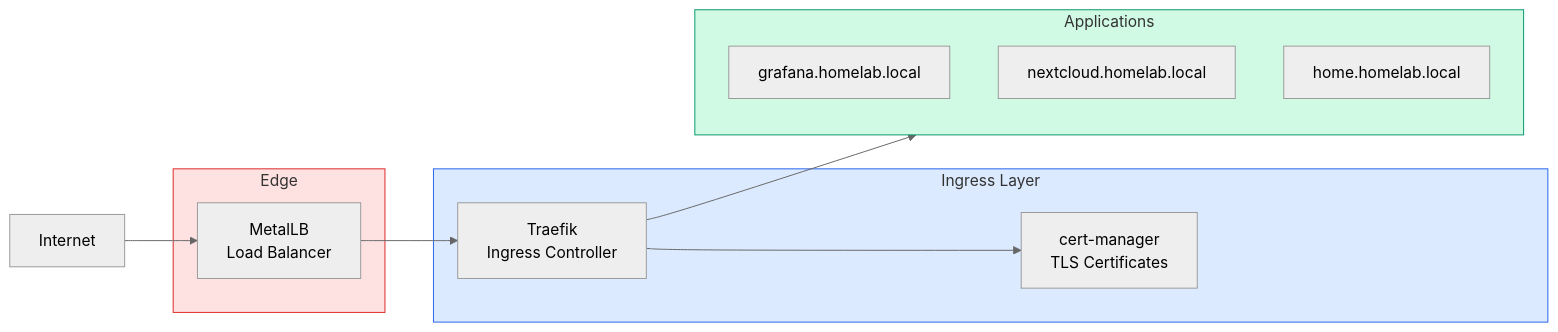
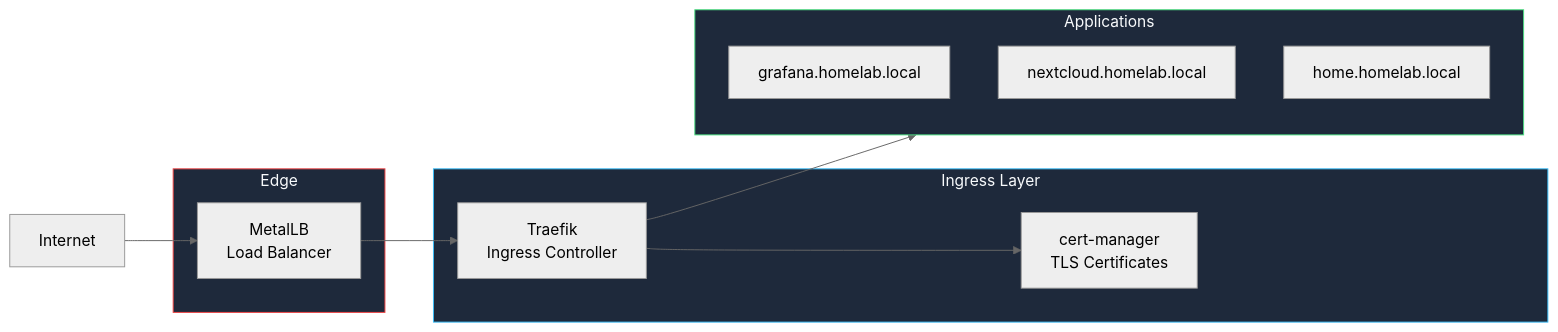
Before and after one commit to KombiverseLabs/docs: the fourth of 5 diagrams in stackkits/kits/modern-homelab.mdx, drawn with Mermaid (neutral theme). The commit also changed other lines of this file and 33 other files, not shown here.

````diff
--- a/stackkits/kits/modern-homelab.mdx
+++ b/stackkits/kits/modern-homelab.mdx
@@ -322,28 +322,28 @@
 ```mermaid
 graph LR
     Internet["Internet"]
     
     subgraph Edge["Edge"]
         LB["MetalLB<br/>Load Balancer"]
     end
     
     subgraph Ingress["Ingress Layer"]
         Traefik["Traefik<br/>Ingress Controller"]
         Cert["cert-manager<br/>TLS Certificates"]
     end
     
     subgraph Apps["Applications"]
         App1["grafana.homelab.local"]
         App2["nextcloud.homelab.local"]
         App3["home.homelab.local"]
     end
     
     Internet --> LB
     LB --> Traefik
     Traefik --> Cert
     Traefik --> Apps
     
-    style Edge fill:#fee2e2,stroke:#dc2626
-    style Ingress fill:#dbeafe,stroke:#2563eb
-    style Apps fill:#d1fae5,stroke:#059669
+    style Edge fill:#1e293b,stroke:#ef4444,color:#f8fafc
+    style Ingress fill:#1e293b,stroke:#38bdf8,color:#f8fafc
+    style Apps fill:#1e293b,stroke:#4ade80,color:#f8fafc
 ```
````
